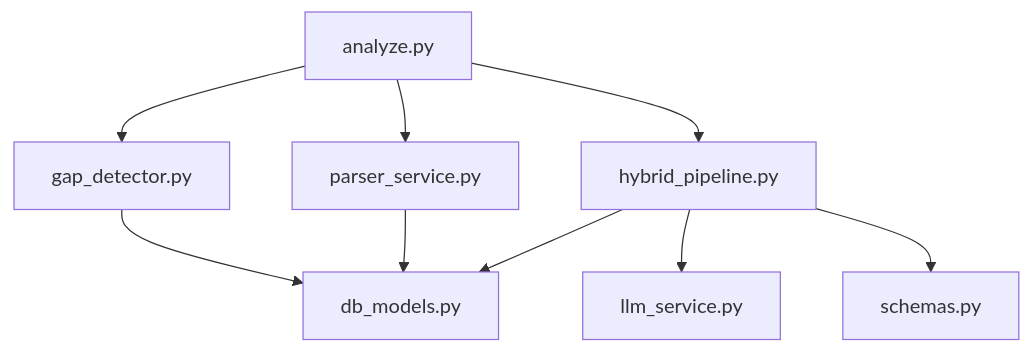
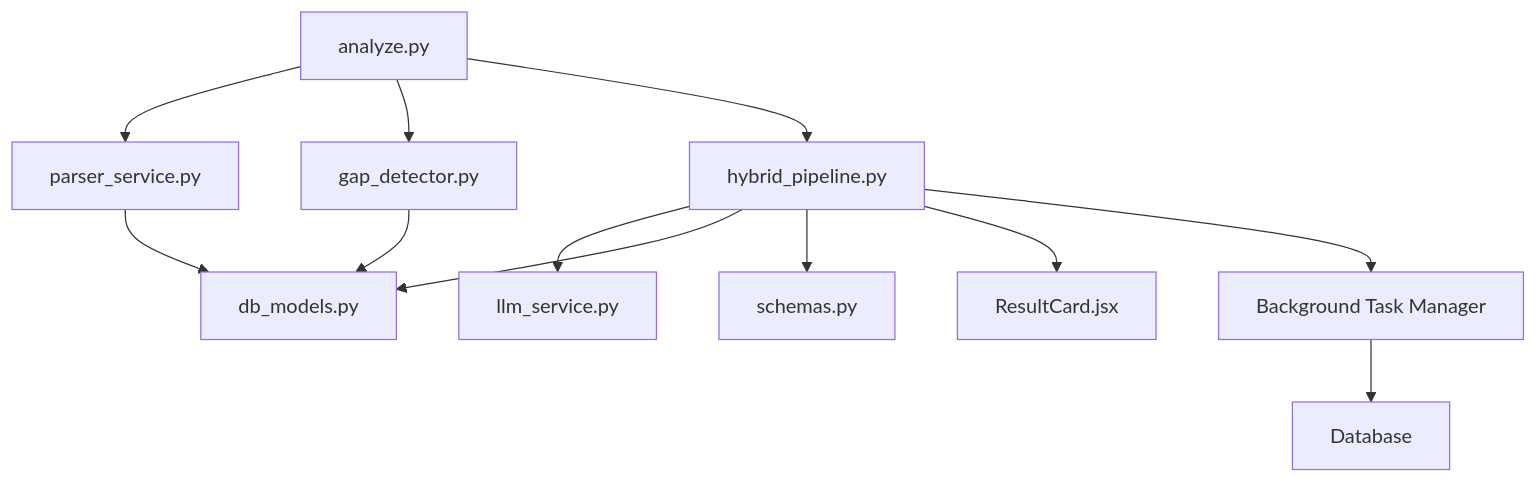
Diagram 12 of 12 in .qoder/repowiki/en/content/Analysis Engine/Hybrid Pipeline Architecture.md (Revanththetalogics/aireume), drawn with Mermaid before and after one commit. The commit also changed other lines of this file and 33 other files, not shown here.

````diff
--- a/.qoder/repowiki/en/content/Analysis Engine/Hybrid Pipeline Architecture.md
+++ b/.qoder/repowiki/en/content/Analysis Engine/Hybrid Pipeline Architecture.md
@@ -507,11 +792,14 @@
 ```mermaid
 graph TB
 A["analyze.py"] --> B["parser_service.py"]
 A --> C["gap_detector.py"]
 A --> D["hybrid_pipeline.py"]
 D --> E["llm_service.py"]
 D --> F["db_models.py"]
 D --> G["schemas.py"]
 B --> F
 C --> F
+D --> H["ResultCard.jsx"]
+D --> I["Background Task Manager"]
+I --> J["Database"]
 ```
````
